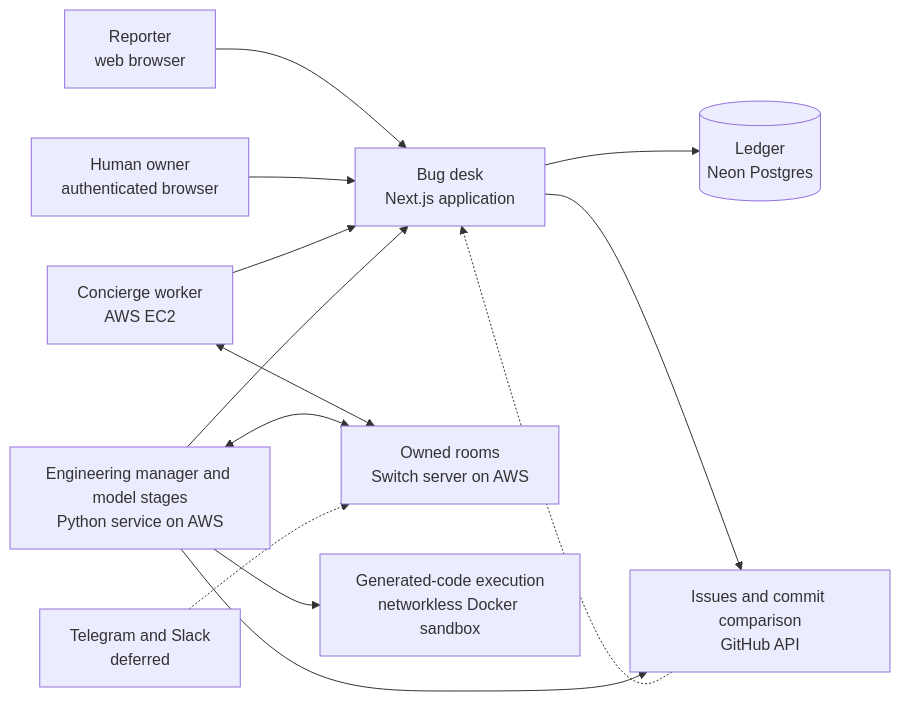
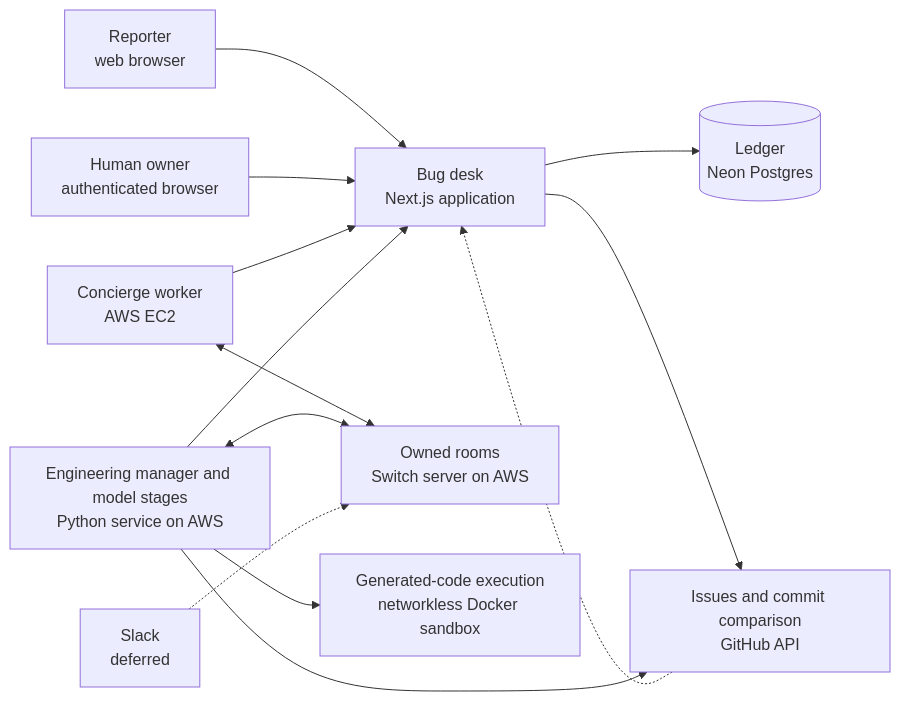
The first of 6 diagrams in docs/ARCHITECTURE.md (PDGamerSG/Reporter-to-Release), drawn with Mermaid before and after one commit. The commit also changed 27 other files, not shown here.

````diff
--- a/docs/ARCHITECTURE.md
+++ b/docs/ARCHITECTURE.md
@@ -7,15 +7,15 @@
 ```mermaid
 flowchart LR
   reporter["Reporter<br/>web browser"] --> app["Bug desk<br/>Next.js application"]
   owner["Human owner<br/>authenticated browser"] --> app
   app --> ledger[("Ledger<br/>Neon Postgres")]
   worker["Concierge worker<br/>AWS EC2"] --> app
   worker <--> switch["Owned rooms<br/>Switch server on AWS"]
   app --> github["Issues and commit comparison<br/>GitHub API"]
   github -.-> app
   runtimes["Engineering manager and model stages<br/>Python service on AWS"] <--> switch
   runtimes --> app
   runtimes --> sandbox["Generated-code execution<br/>networkless Docker sandbox"]
   runtimes --> github
-  chat["Telegram and Slack<br/>deferred"] -.-> switch
+  chat["Slack<br/>deferred"] -.-> switch
 ```
````
